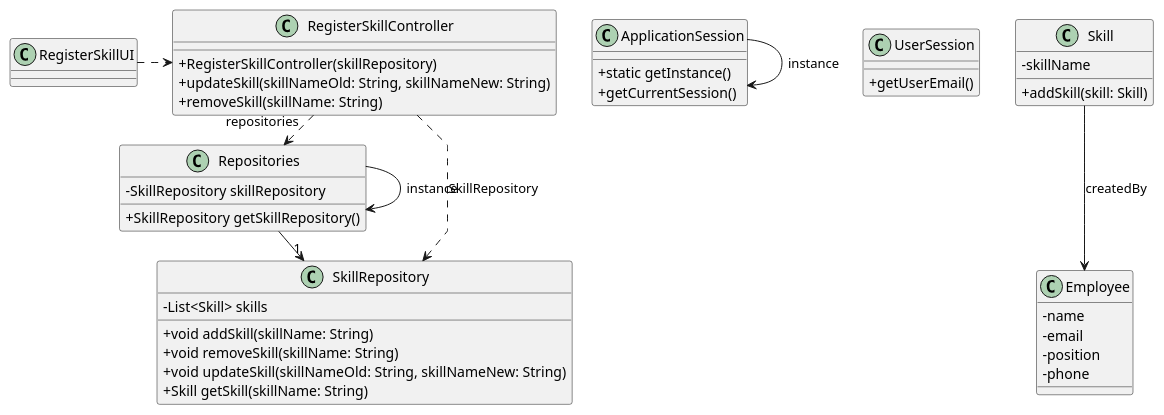
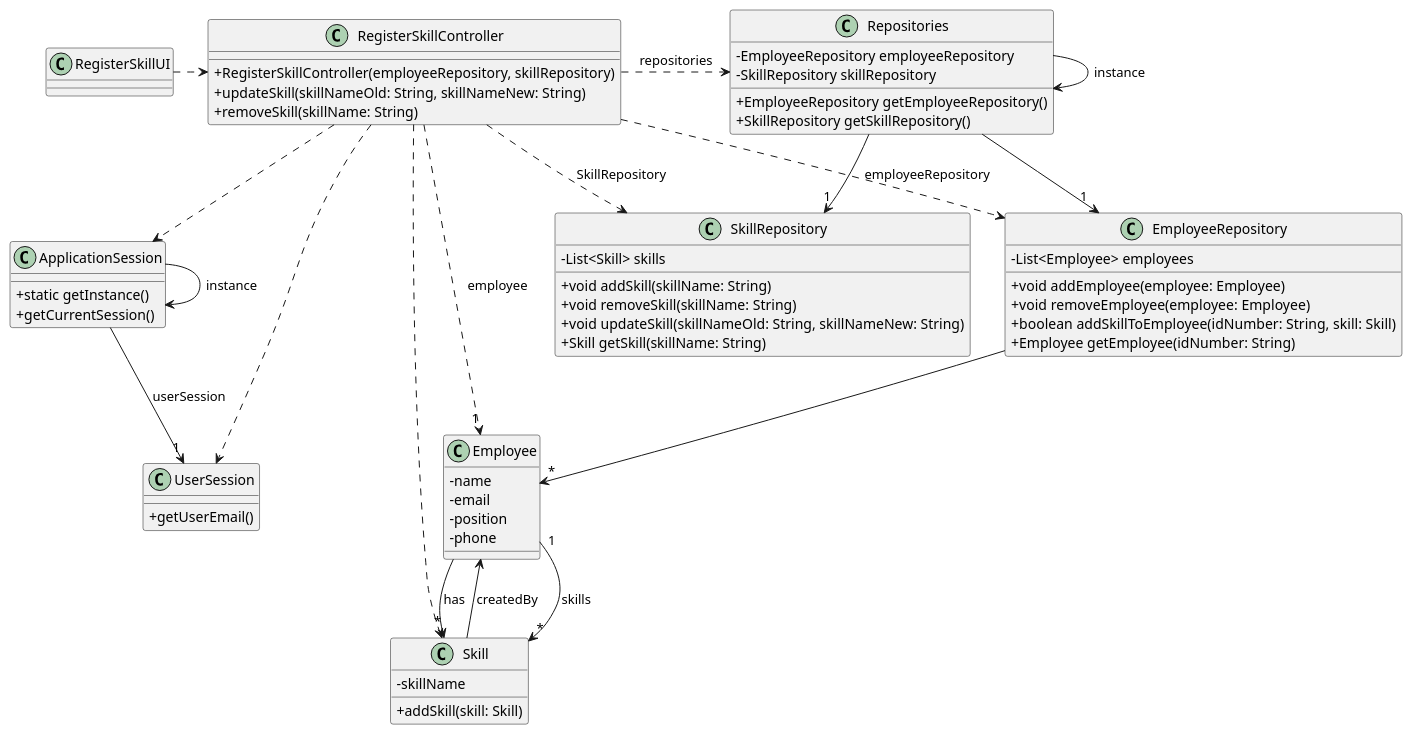
Before and after one commit to Departamento-de-Engenharia-Informatica/greenspace-management: the diagram in docs/sprintB/us001/03.design/puml/us001-class-diagram.puml, drawn with PlantUML. The commit also changed 11 other files, not shown here.

Commit message:
US01 Sequence Diagram split done

```diff
--- a/docs/sprintB/us001/03.design/puml/us001-class-diagram.puml
+++ b/docs/sprintB/us001/03.design/puml/us001-class-diagram.puml
@@ -1,75 +1,103 @@
 @startuml
 
 'skinparam monochrome true
 skinparam packageStyle rectangle
 skinparam shadowing false
 skinparam linetype polyline
-'skinparam linetype orto
+skinparam linetype orto
 
 skinparam classAttributeIconSize 0
 
 'left to right direction
 
 class ApplicationSession
 {
     + static getInstance()
     + getCurrentSession()
 }
 
 class UserSession
 {
     + getUserEmail()
+}
+
+class Employee {
+    - name
+    - email
+    - position
+    - phone
 }
 
 class Skill {
     - skillName
 
     + addSkill(skill: Skill)
 }
 
 class SkillRepository{
     - List<Skill> skills
 
     + void addSkill(skillName: String)
     + void removeSkill(skillName: String)
     + void updateSkill(skillNameOld: String, skillNameNew: String)
     + Skill getSkill(skillName: String)
 }
 
+
+
 class RegisterSkillUI {
 }
 
 class Repositories{
+    - EmployeeRepository employeeRepository
     - SkillRepository skillRepository
 
+    + EmployeeRepository getEmployeeRepository()
     + SkillRepository getSkillRepository()
 }
 
+class EmployeeRepository{
+    - List<Employee> employees
+
+    + void addEmployee(employee: Employee)
+    + void removeEmployee(employee: Employee)
+    + boolean addSkillToEmployee(idNumber: String, skill: Skill)
+    + Employee getEmployee(idNumber: String)
+}
+
+
 class RegisterSkillController {
-    + RegisterSkillController(skillRepository)
+    + RegisterSkillController(employeeRepository, skillRepository)
     + updateSkill(skillNameOld: String, skillNameNew: String)
     + removeSkill(skillName: String)
 }
 
-class Employee {
-    - name
-    - email
-    - position
-    - phone
-}
+
 
 Repositories -> Repositories : instance
-
 ApplicationSession -> ApplicationSession : instance
 
 RegisterSkillUI .> RegisterSkillController
 
 RegisterSkillController .> Repositories : repositories
 
 Repositories -> "1" SkillRepository
 
+RegisterSkillController ..> Skill
+RegisterSkillController ..> EmployeeRepository : employeeRepository
 RegisterSkillController ..> SkillRepository : SkillRepository
 
+Repositories --> "1" EmployeeRepository
+
+EmployeeRepository --> "*" Employee
+ApplicationSession --> "1" UserSession : userSession
+
+RegisterSkillController ..> "1" Employee : employee
+RegisterSkillController ..> ApplicationSession
+RegisterSkillController ..> UserSession
+Employee "1" --> "*" Skill : skills
 Skill --> Employee : createdBy
 
+Employee --> "*" Skill : has
+
 @enduml
```
